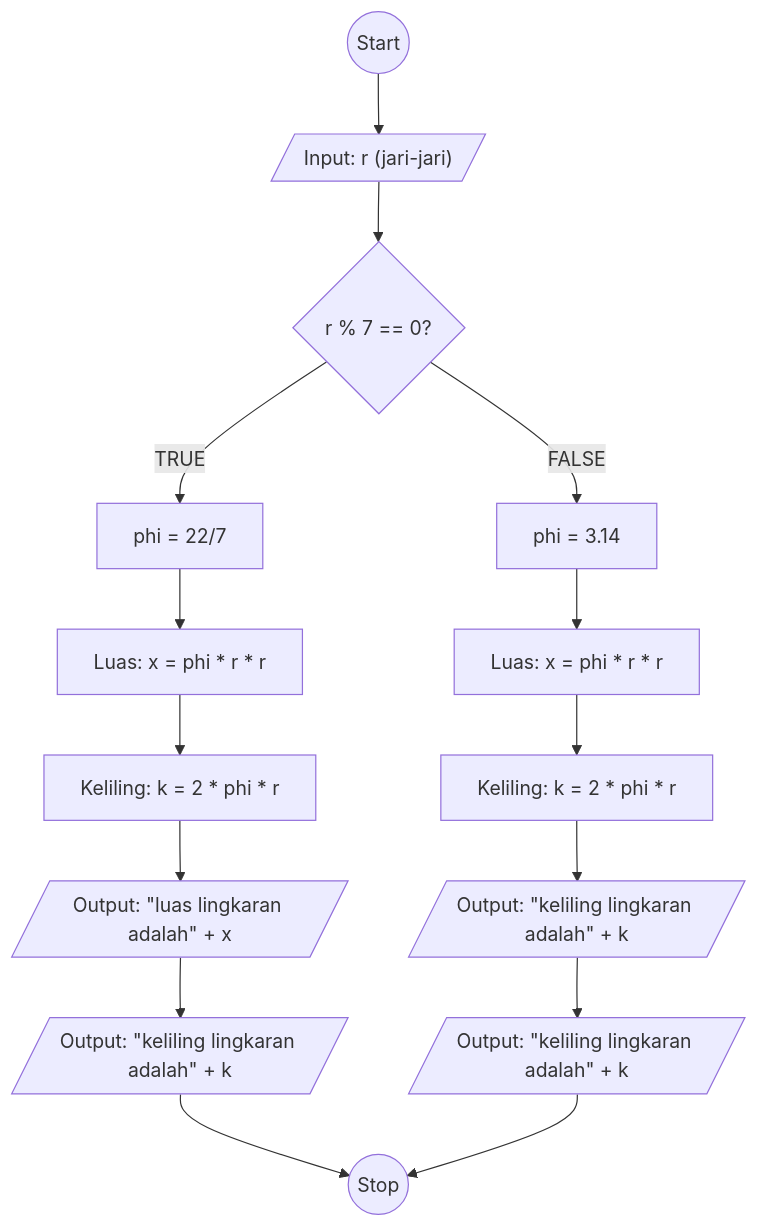
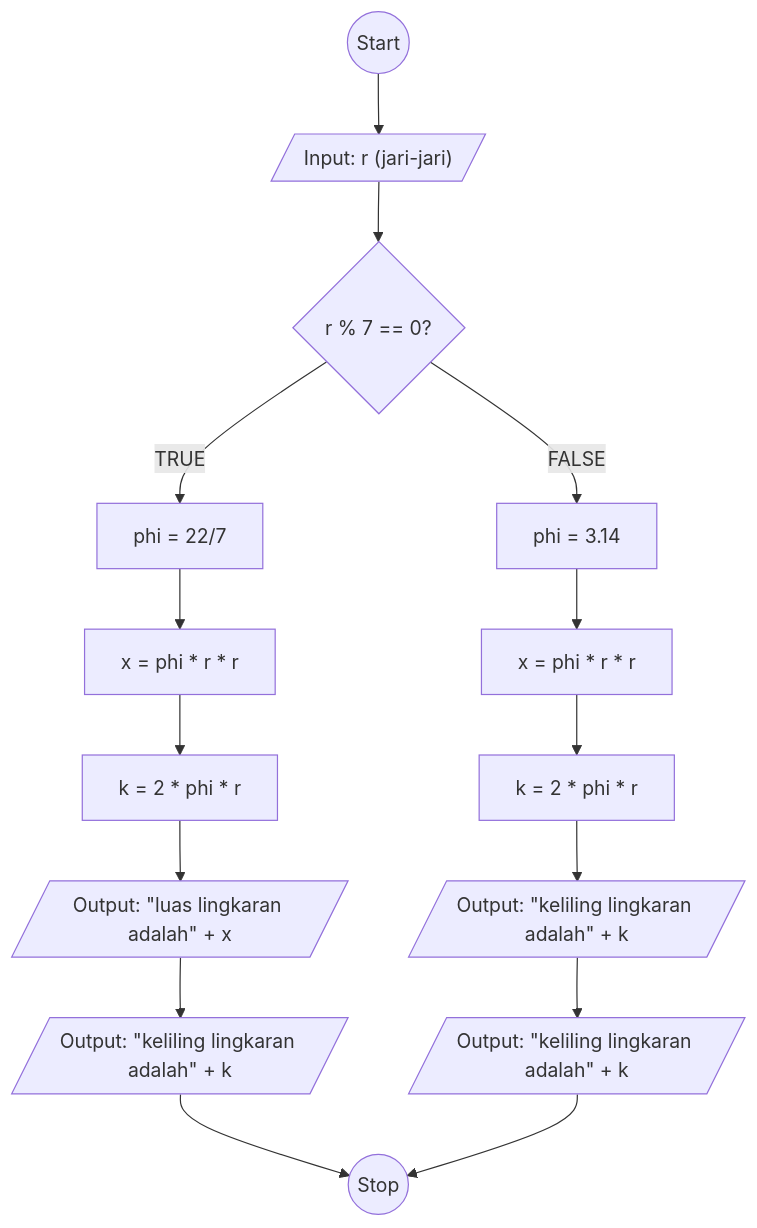
The diagram in flowchart-luas-dan-keliling-lingkaran.md (makarim22/koda-b6-algoritma), drawn with Mermaid before and after one commit. The commit also changed other lines of this file, not shown here.

````diff
--- a/flowchart-luas-dan-keliling-lingkaran.md
+++ b/flowchart-luas-dan-keliling-lingkaran.md
@@ -1,28 +1,28 @@
 ```mermaid
 flowchart TD
  A@{ shape: circle, label: "Start" } --> B
 
  B@{ shape: lean-r, label: "Input: r (jari-jari)" } --> C
 
  C@{ shape: diamond, label: "r % 7 == 0?" }
 
  C -- TRUE --> E
  C -- FALSE --> F
 
  E@{ shape: rect, label: "phi = 22/7" } --> G 
  F@{ shape: rect, label: "phi = 3.14" } --> H
 
- G@{ shape: rect, label: "Luas: x = phi * r * r" } --> A1
- H@{ shape: rect, label: "Luas: x = phi * r * r" } --> B1
+ G@{ shape: rect, label: "x = phi * r * r" } --> A1
+ H@{ shape: rect, label: "x = phi * r * r" } --> B1
 
- A1@{ shape: rect, label: "Keliling: k = 2 * phi * r" } --> L
- B1@{ shape: rect, label: "Keliling: k = 2 * phi * r" } --> M
+ A1@{ shape: rect, label: "k = 2 * phi * r" } --> L
+ B1@{ shape: rect, label: "k = 2 * phi * r" } --> M
 
  L@{ shape: lean-r, label: "Output: \"luas lingkaran adalah\" + x" } --> O
  M@{ shape: lean-r, label: "Output: \"keliling lingkaran adalah\" + k" } --> P
 
  O@{ shape: lean-r, label: "Output: \"keliling lingkaran adalah\" + k" } --> Z
  P@{ shape: lean-r, label: "Output: \"keliling lingkaran adalah\" + k" } --> Z
 
  Z@{ shape: circle, label: "Stop" } 
 ```
````
